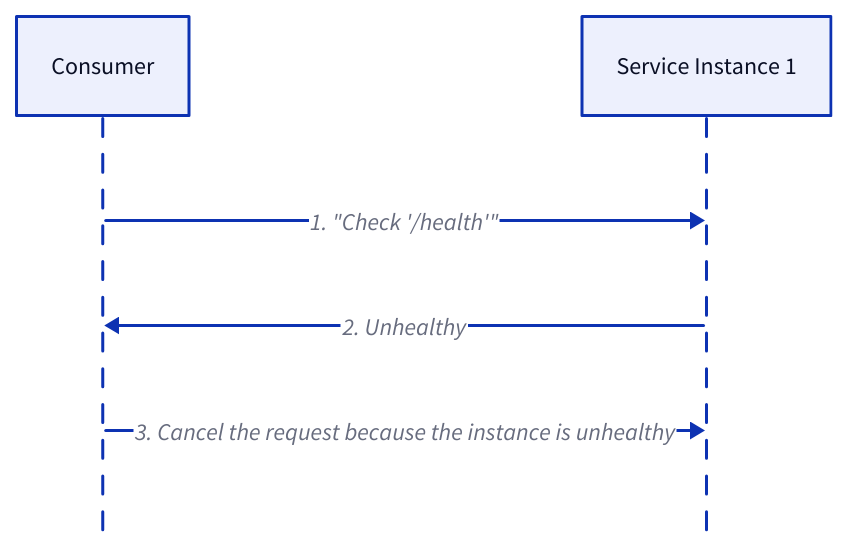
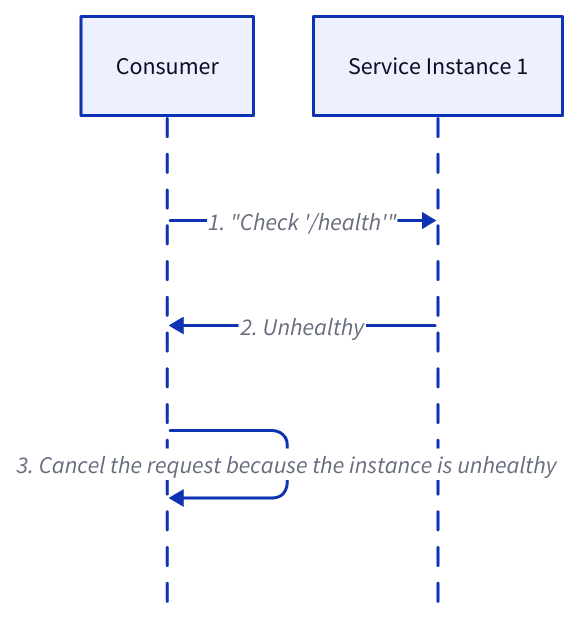
The third of 14 diagrams in content/web-service/service-cluster.md (link1905/system-design-101), drawn with D2 before and after one commit. The commit also changed other lines of this file and 13 other files, not shown here.

````diff
--- a/content/web-service/service-cluster.md
+++ b/content/web-service/service-cluster.md
@@ -77,14 +84,14 @@
 ```d2
 shape: sequence_diagram
 client: Consumer {
   class: client
 }
 service: Service Instance 1 {
   class: server
 }
 client -> service: 1. "Check '/health'"
 service -> client: 2. Unhealthy {
   class: error-conn
 }
-client -> service: 3. Cancel the request because the instance is unhealthy
+client -> client: 3. Cancel the request because the instance is unhealthy
 ```
````
